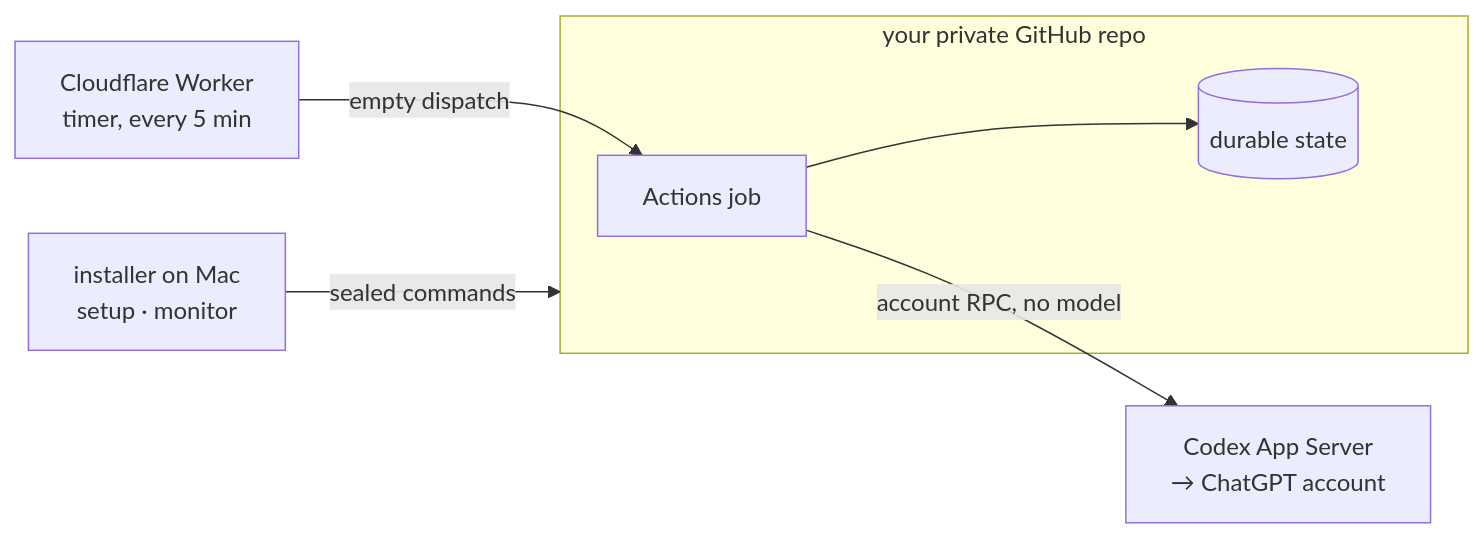
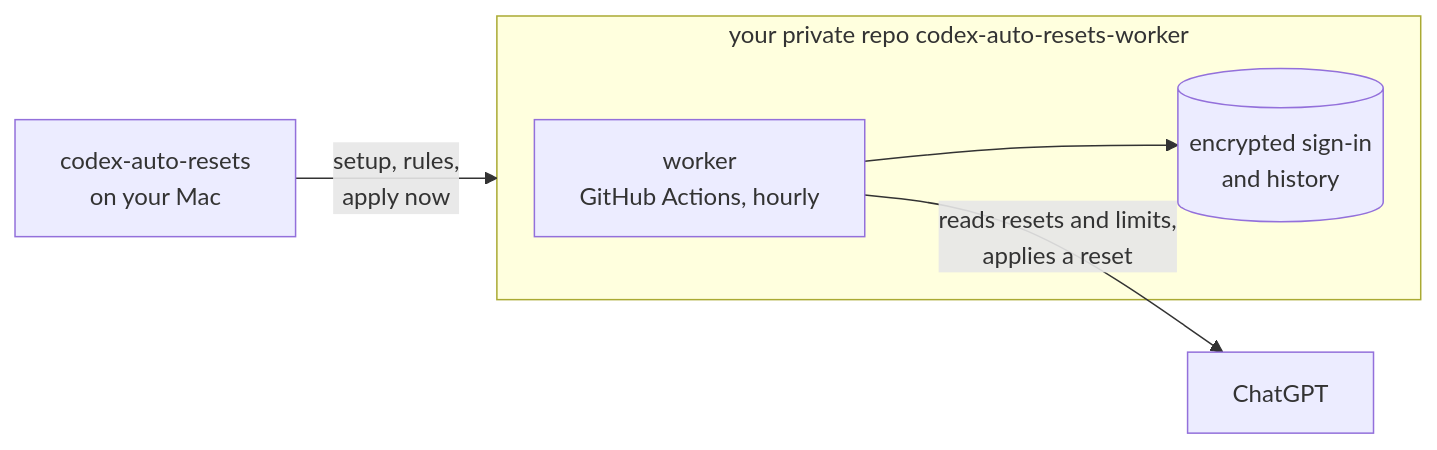
One commit to Keshaqaz/ares changed the diagram in README.md. Above: the diagram before and after it, drawn with Mermaid. The commit also changed other lines of this file and 18 other files, not shown here.

````diff
--- a/README.md
+++ b/README.md
@@ -38,9 +66,8 @@
 ```mermaid
 flowchart LR
-  W["Cloudflare Worker<br/>timer, every 5 min"] -- empty dispatch --> A
-  subgraph GH["your private GitHub repo"]
-    A["Actions job"] --> S[("durable state")]
+  CLI["codex-auto-resets<br/>on your Mac"] -- "setup, rules,<br/>apply now" --> R
+  subgraph R["your private repo codex-auto-resets-worker"]
+    W["worker<br/>GitHub Actions, hourly"] --> S[("encrypted sign-in<br/>and history")]
   end
-  A -- "account RPC, no model" --> C["Codex App Server<br/>→ ChatGPT account"]
-  M["installer on Mac<br/>setup · monitor"] -- sealed commands --> GH
+  W -- "reads resets and limits,<br/>applies a reset" --> C["ChatGPT"]
 ```
````
